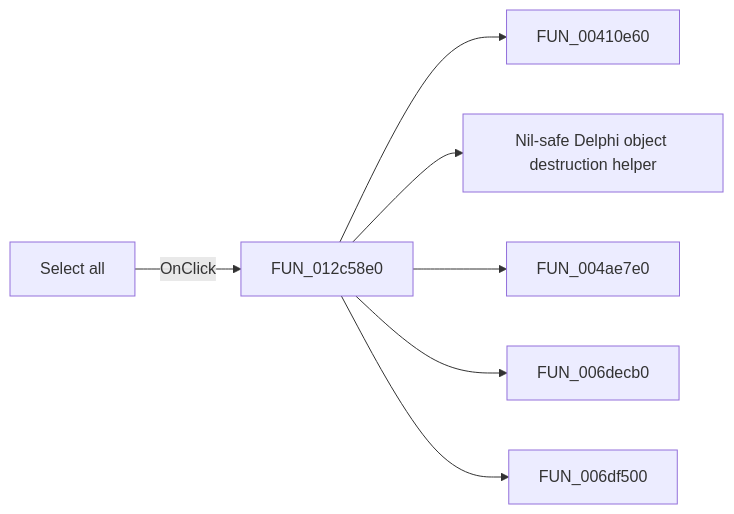
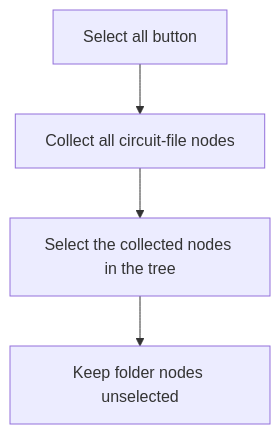
Before and after one commit to MovGP0/TIARA: the diagram in docs/ui-controls/frmtestbencheditor/btnselectall-deef503543.md, drawn with Mermaid. The commit also changed other lines of this file and 387 other files, not shown here.

````diff
--- a/docs/ui-controls/frmtestbencheditor/btnselectall-deef503543.md
+++ b/docs/ui-controls/frmtestbencheditor/btnselectall-deef503543.md
@@ -27,9 +19,6 @@
 ```mermaid
-flowchart LR
-    control["Select all"] -->|OnClick| handler["FUN_012c58e0"]
-    handler --> call1["FUN_00410e60"]
-    handler --> call2["Nil-safe Delphi object destruction helper"]
-    handler --> call3["FUN_004ae7e0"]
-    handler --> call4["FUN_006decb0"]
-    handler --> call5["FUN_006df500"]
+flowchart TD
+    control["Select all button"] --> collect["Collect all circuit-file nodes"]
+    collect --> select["Select the collected nodes in the tree"]
+    select --> keep["Keep folder nodes unselected"]
 ```
````
